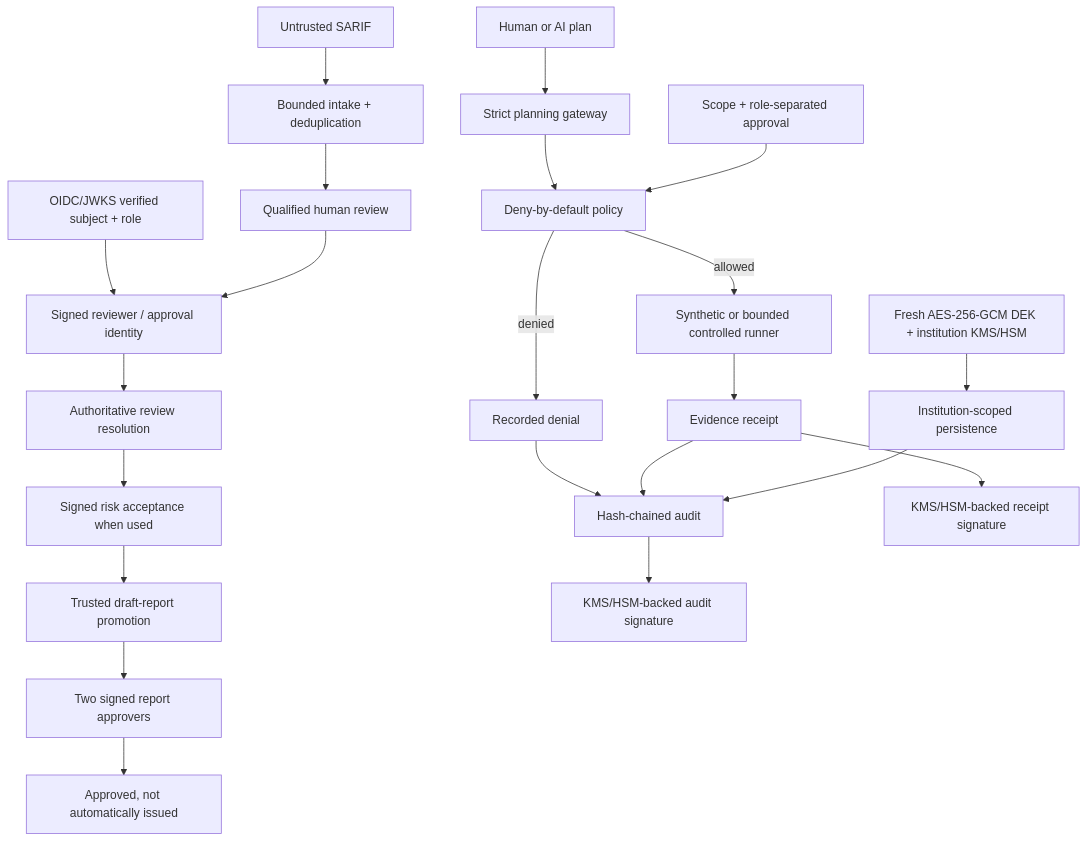
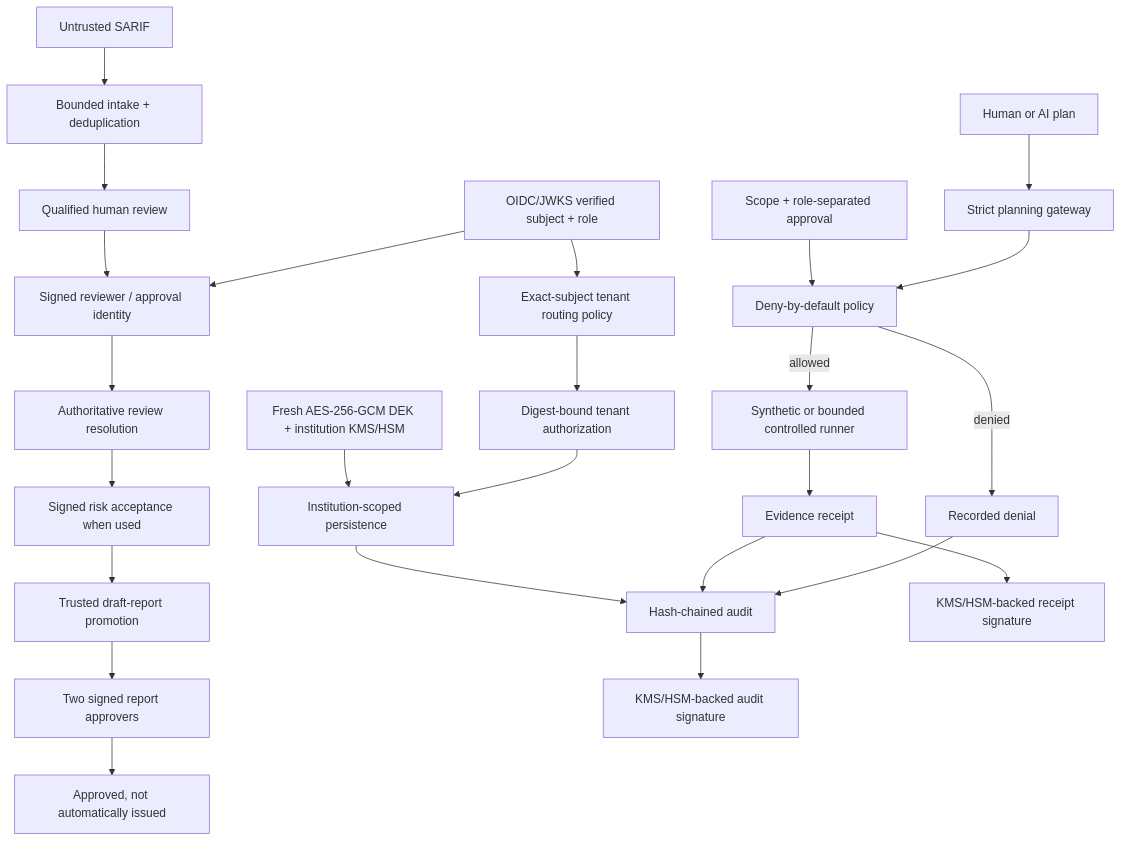
One commit to bilgekayali/finredops changed the diagram in README.md. Above: the diagram before and after it, drawn with Mermaid. The commit also changed other lines of this file, not shown here.

Commit message:
docs: surface v0.8.2 authenticated tenant routing

````diff
--- a/README.md
+++ b/README.md
@@ -48,24 +48,27 @@
 ```mermaid
 flowchart TD
     A["Human or AI plan"] --> B["Strict planning gateway"]
     B --> C["Deny-by-default policy"]
     D["Scope + role-separated approval"] --> C
     C -->|allowed| E["Synthetic or bounded controlled runner"]
     C -->|denied| F["Recorded denial"]
     E --> G["Evidence receipt"]
     F --> H["Hash-chained audit"]
     G --> H
     I["Untrusted SARIF"] --> J["Bounded intake + deduplication"]
     J --> K["Qualified human review"]
     O["OIDC/JWKS verified subject + role"] --> L["Signed reviewer / approval identity"]
     K --> L
     L --> N["Authoritative review resolution"]
     N --> R["Signed risk acceptance when used"]
     R --> M["Trusted draft-report promotion"]
     M --> P["Two signed report approvers"]
     P --> Q["Approved, not automatically issued"]
-    S["Institution-scoped persistence"] --> H
+    O --> W["Exact-subject tenant routing policy"]
+    W --> X["Digest-bound tenant authorization"]
+    X --> S["Institution-scoped persistence"]
+    S --> H
     T["Fresh AES-256-GCM DEK + institution KMS/HSM"] --> S
     H --> U["KMS/HSM-backed audit signature"]
     G --> V["KMS/HSM-backed receipt signature"]
 ```
````
